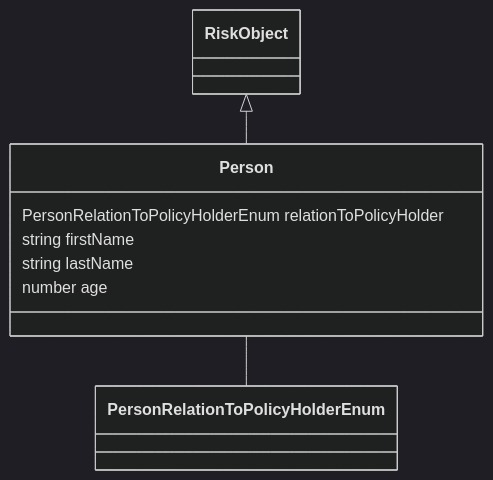
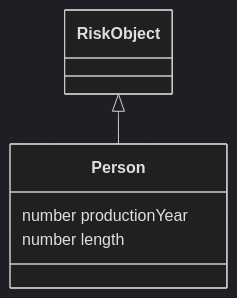
One commit to codexstanford/Insurance-Payout-Ontology changed the diagram in datamodel-build/mermaid/Person.mmd. Above: the diagram before and after it, drawn with Mermaid (dark theme). The commit also changed 95 other files, not shown here.

```diff
--- a/datamodel-build/mermaid/Person.mmd
+++ b/datamodel-build/mermaid/Person.mmd
@@ -1,13 +1,10 @@
 classDiagram
-  Person -- PersonRelationToPolicyHolderEnum
-
+  
 
 RiskObject <|-- Person
 class Person {
 
-  PersonRelationToPolicyHolderEnum relationToPolicyHolder
-  string firstName
-  string lastName
-  number age
+  number productionYear
+  number length
 
 }
```
